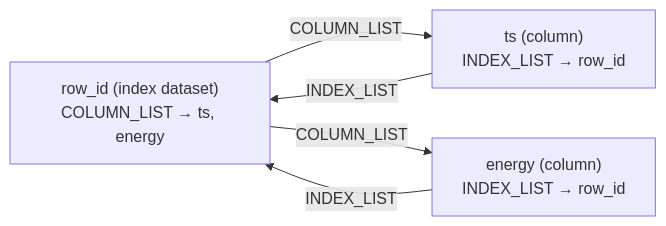
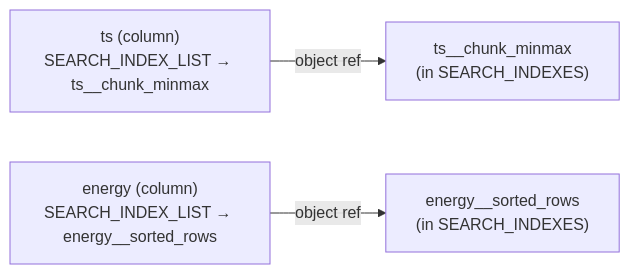
One commit to HDFAlliance/heps changed the sixth of 8 diagrams in HEP001/index.md. Above: the diagram before and after it, drawn with Mermaid. The commit also changed other lines of this file, not shown here.

````diff
--- a/HEP001/index.md
+++ b/HEP001/index.md
@@ -656,10 +702,9 @@
 ```{mermaid}
 graph LR
-  IX["row_id (index dataset)<br/>COLUMN_LIST &rarr; ts, energy"]
-  C1["ts (column)<br/>INDEX_LIST &rarr; row_id"]
-  C2["energy (column)<br/>INDEX_LIST &rarr; row_id"]
-  IX -->|"COLUMN_LIST"| C1
-  IX -->|"COLUMN_LIST"| C2
-  C1 -->|"INDEX_LIST"| IX
-  C2 -->|"INDEX_LIST"| IX
+  C1["ts (column)<br/>SEARCH_INDEX_LIST &rarr; ts__chunk_minmax"]
+  C2["energy (column)<br/>SEARCH_INDEX_LIST &rarr; energy__sorted_rows"]
+  SI1["ts__chunk_minmax<br/>(in SEARCH_INDEXES)"]
+  SI2["energy__sorted_rows<br/>(in SEARCH_INDEXES)"]
+  C1 -->|"object ref"| SI1
+  C2 -->|"object ref"| SI2
 ```
````
